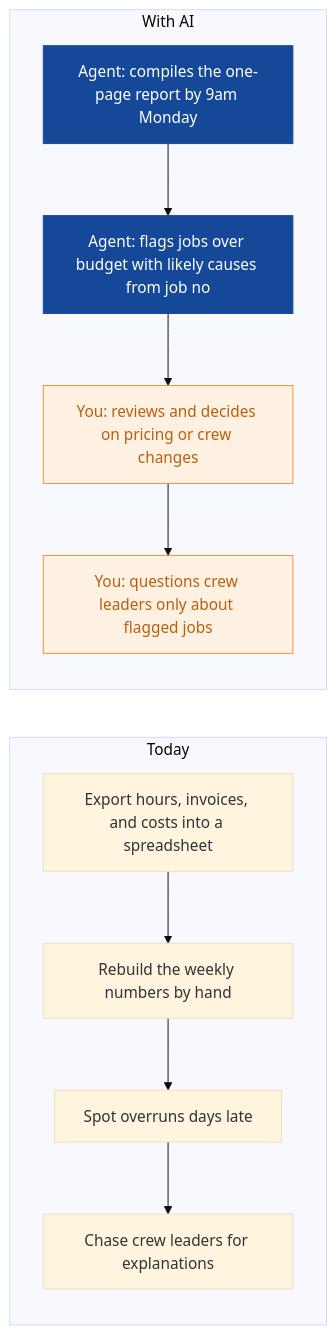
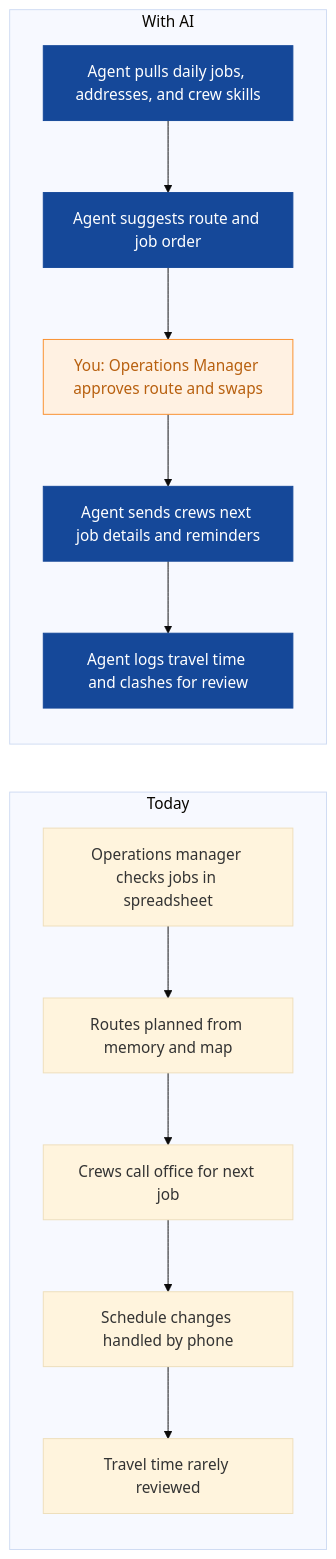
The eighth of 8 diagrams in strategies/verdant-roots-landscaping.md (nexibeo/Complete-AI-Strategy), drawn with Mermaid (base theme) before and after one commit. The commit also changed other lines of this file and 26 other files, not shown here.

````diff
--- a/strategies/verdant-roots-landscaping.md
+++ b/strategies/verdant-roots-landscaping.md
@@ -268,21 +256,23 @@
 ```mermaid
 flowchart LR
   subgraph Today
-    B0["Export hours, invoices, and costs into a spreadsheet"]
-    B1["Rebuild the weekly numbers by hand"]
-    B2["Spot overruns days late"]
-    B3["Chase crew leaders for explanations"]
-    B0 --> B1 --> B2 --> B3
+    B0["Operations manager checks jobs in spreadsheet"]
+    B1["Routes planned from memory and map"]
+    B2["Crews call office for next job"]
+    B3["Schedule changes handled by phone"]
+    B4["Travel time rarely reviewed"]
+    B0 --> B1 --> B2 --> B3 --> B4
   end
   subgraph WithAI[With AI]
-    A0["Agent: compiles the one-page report by 9am Monday"]
-    A1["Agent: flags jobs over budget with likely causes from job no"]
-    A2["You: reviews and decides on pricing or crew changes"]
-    A3["You: questions crew leaders only about flagged jobs"]
-    A0 --> A1 --> A2 --> A3
+    A0["Agent pulls daily jobs, addresses, and crew skills"]
+    A1["Agent suggests route and job order"]
+    A2["You: Operations Manager approves route and swaps"]
+    A3["Agent sends crews next job details and reminders"]
+    A4["Agent logs travel time and clashes for review"]
+    A0 --> A1 --> A2 --> A3 --> A4
   end
   classDef ai fill:#154899,color:#fff,stroke:#154899
   classDef human fill:#FFF1E2,color:#B8600F,stroke:#F98F2C
-  class A0,A1 ai
-  class A2,A3 human
+  class A0,A1,A3,A4 ai
+  class A2 human
 ```
````
